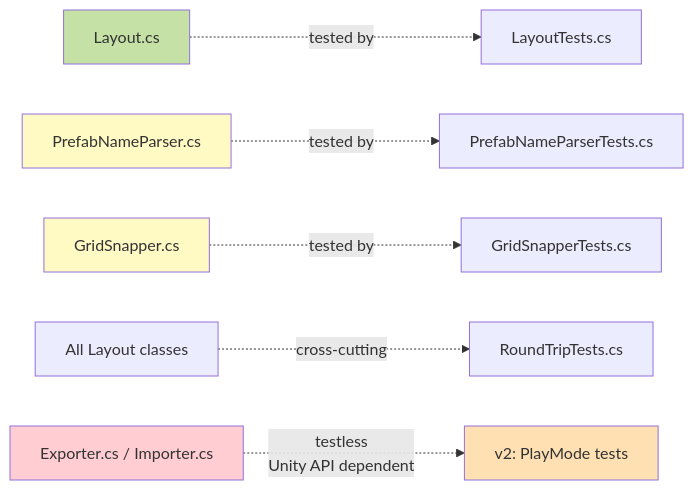
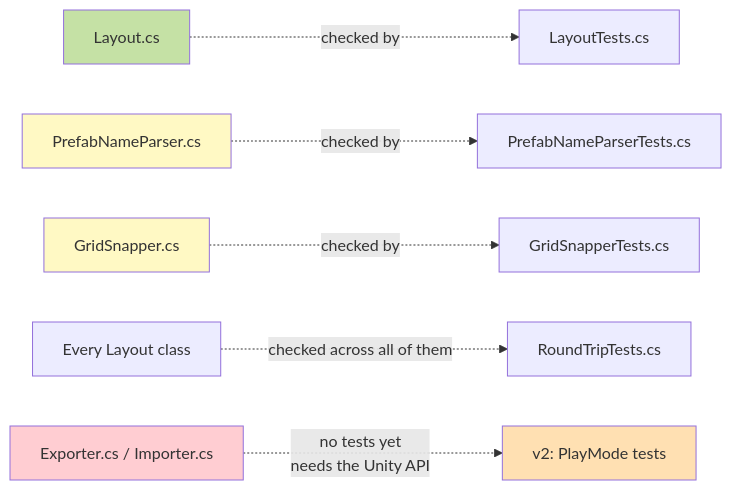
Before and after one commit to hiroxpepe/briko: the tenth of 11 diagrams in README.md, drawn with Mermaid. The commit also changed other lines of this file and 1 other file, not shown here.

````diff
--- a/README.md
+++ b/README.md
@@ -413,15 +457,15 @@
 ```mermaid
 graph LR
-    L[Layout.cs] -.->|tested by| LT[LayoutTests.cs]
-    P[PrefabNameParser.cs] -.->|tested by| PT[PrefabNameParserTests.cs]
-    G[GridSnapper.cs] -.->|tested by| GT[GridSnapperTests.cs]
-    All[All Layout classes] -.->|cross-cutting| RT[RoundTripTests.cs]
+    L[Layout.cs] -.->|checked by| LT[LayoutTests.cs]
+    P[PrefabNameParser.cs] -.->|checked by| PT[PrefabNameParserTests.cs]
+    G[GridSnapper.cs] -.->|checked by| GT[GridSnapperTests.cs]
+    All[Every Layout class] -.->|checked across all of them| RT[RoundTripTests.cs]
 
-    Exp[Exporter.cs / Importer.cs] -.testless<br/>Unity API dependent.-> X[v2: PlayMode tests]
+    Exp[Exporter.cs / Importer.cs] -.no tests yet<br/>needs the Unity API.-> X[v2: PlayMode tests]
 
     style L fill:#c5e1a5
     style P fill:#fff9c4
     style G fill:#fff9c4
     style Exp fill:#ffcdd2
     style X fill:#ffe0b2
 ```
````
